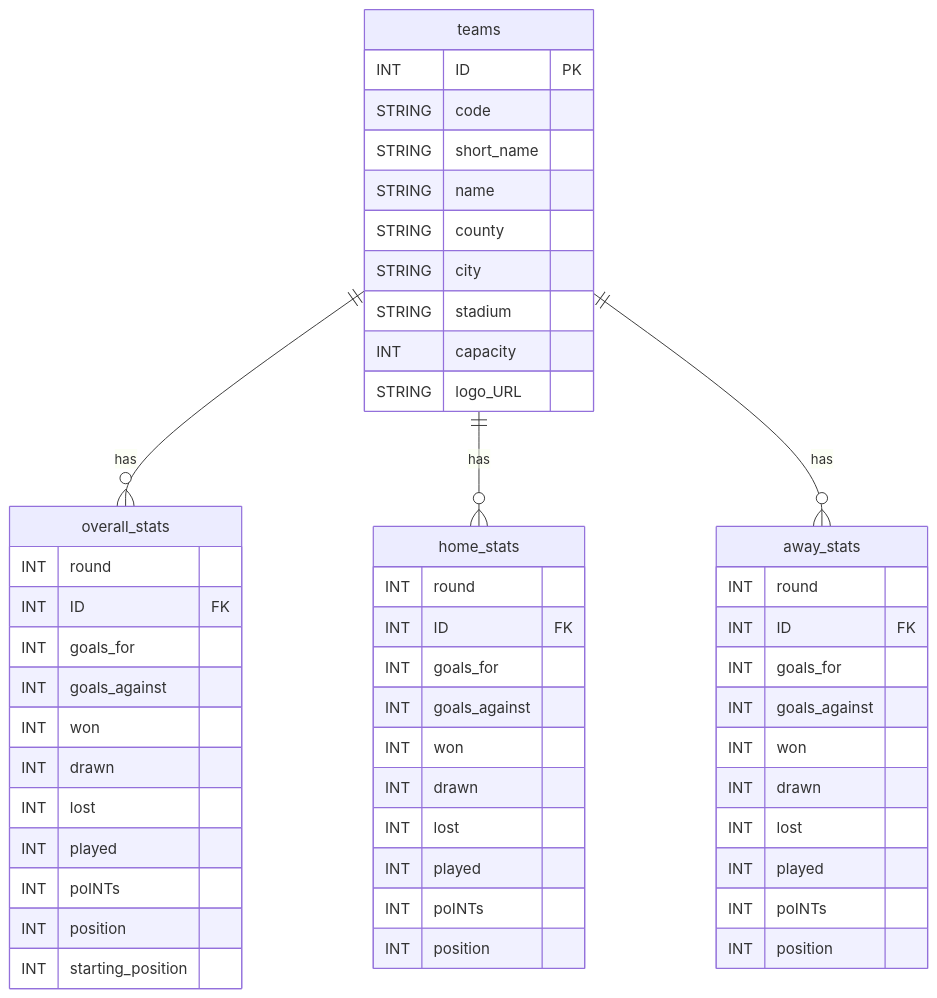
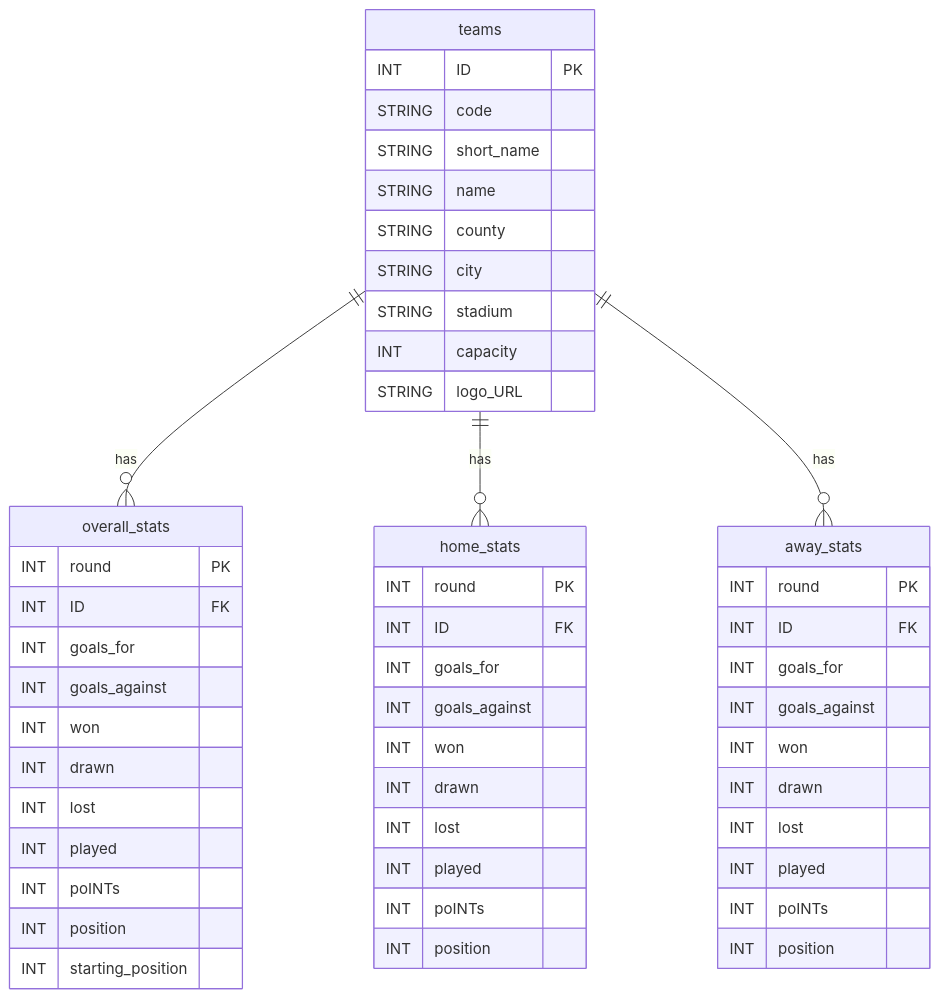
Before and after one commit to JaeBinary/premier-league-table: the diagram in README.md, drawn with Mermaid.

````diff
--- a/README.md
+++ b/README.md
@@ -183,58 +183,58 @@
 ```mermaid
 erDiagram
     teams ||--o{ overall_stats : "has"
     teams ||--o{ home_stats : "has"
     teams ||--o{ away_stats : "has"
 
     teams {
         INT ID PK
         STRING code
         STRING short_name
         STRING name
         STRING county
         STRING city
         STRING stadium
         INT capacity
         STRING logo_URL
     }
 
     overall_stats {
-        INT round
+        INT round PK
         INT ID FK
         INT goals_for
         INT goals_against
         INT won
         INT drawn
         INT lost
         INT played
         INT poINTs
         INT position
         INT starting_position
     }
 
     home_stats {
-        INT round
+        INT round PK
         INT ID FK
         INT goals_for
         INT goals_against
         INT won
         INT drawn
         INT lost
         INT played
         INT poINTs
         INT position
     }
 
     away_stats {
-        INT round
+        INT round PK
         INT ID FK
         INT goals_for
         INT goals_against
         INT won
         INT drawn
         INT lost
         INT played
         INT poINTs
         INT position
     }
 ```
````
